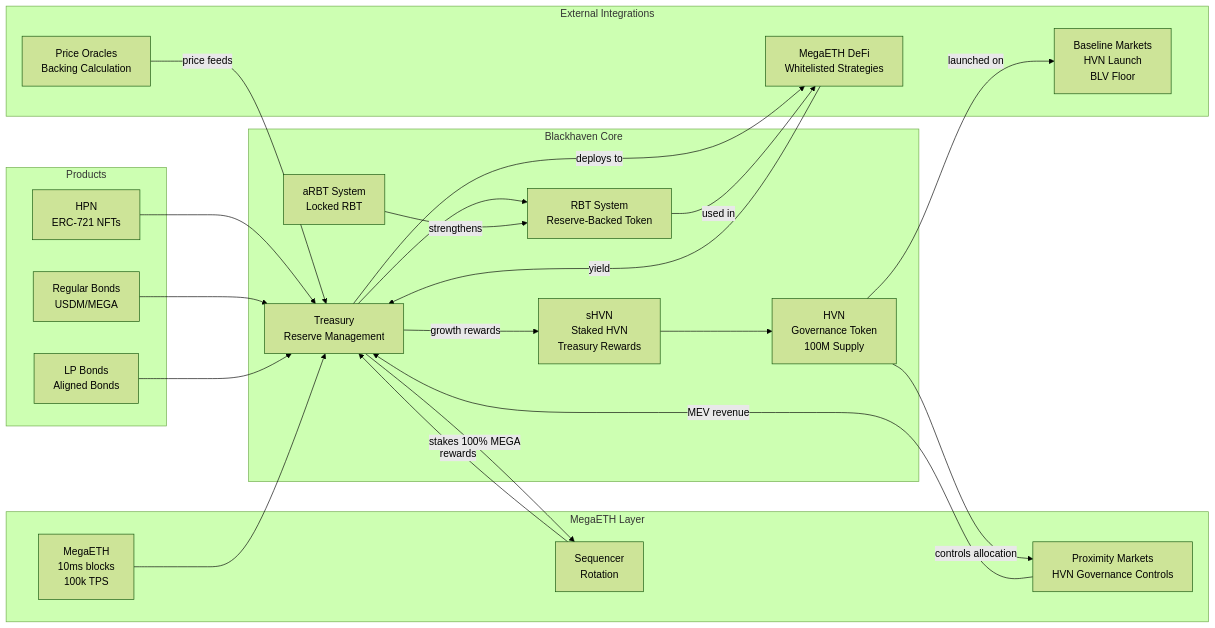
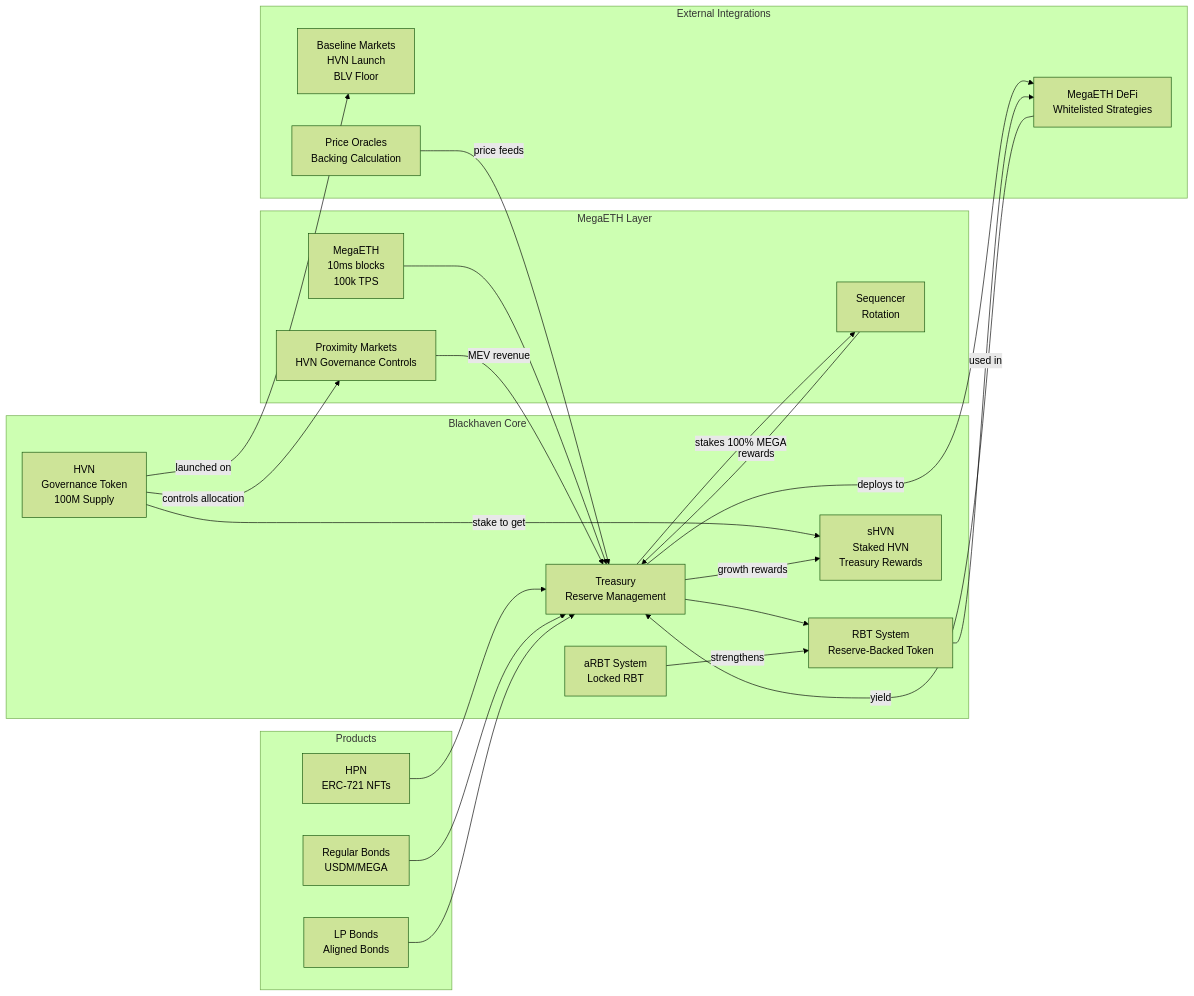
One commit to 0xJaehaerys/ohmega changed the seventh of 7 diagrams in blackhaven-architecture-diagrams.md. Above: the diagram before and after it, drawn with Mermaid (forest theme).

Commit message:
Fix: sHVN does not control governance
- Only HVN has governance rights
- sHVN is staked HVN that receives treasury growth rewards
- Changed STAKING --> HVN_GOVERNANCE to HVN_GOVERNANCE --> STAKING (stake to get)
- Governance voting is done by HVN holders, not sHVN holders

````diff
--- a/blackhaven-architecture-diagrams.md
+++ b/blackhaven-architecture-diagrams.md
@@ -390,51 +390,51 @@
 ```mermaid
 graph LR
     subgraph "MegaETH Layer"
         MEGAETH[MegaETH<br/>10ms blocks<br/>100k TPS]
         SEQUENCER[Sequencer<br/>Rotation]
         PROXIMITY[Proximity Markets<br/>HVN Governance Controls]
     end
     
     subgraph "Blackhaven Core"
         TREASURY_CORE[Treasury<br/>Reserve Management]
         RBT_SYSTEM[RBT System<br/>Reserve-Backed Token]
         ARBT_SYSTEM[aRBT System<br/>Locked RBT]
         HVN_GOVERNANCE[HVN<br/>Governance Token<br/>100M Supply]
         SHVN_STAKING[sHVN<br/>Staked HVN<br/>Treasury Rewards]
     end
     
     subgraph "Products"
         HPN_PRODUCT[HPN<br/>ERC-721 NFTs]
         REGULAR_BONDS_PRODUCT[Regular Bonds<br/>USDM/MEGA]
         LP_BONDS_PRODUCT[LP Bonds<br/>Aligned Bonds]
     end
     
     subgraph "External Integrations"
         BASELINE[Baseline Markets<br/>HVN Launch<br/>BLV Floor]
         DEFI_PROTOCOLS[MegaETH DeFi<br/>Whitelisted Strategies]
         ORACLES[Price Oracles<br/>Backing Calculation]
     end
     
     MEGAETH --> TREASURY_CORE
     TREASURY_CORE -->|stakes 100% MEGA| SEQUENCER
     HVN_GOVERNANCE -->|controls allocation| PROXIMITY
     
     HPN_PRODUCT --> TREASURY_CORE
     REGULAR_BONDS_PRODUCT --> TREASURY_CORE
     LP_BONDS_PRODUCT --> TREASURY_CORE
     TREASURY_CORE --> RBT_SYSTEM
     
     HVN_GOVERNANCE -->|launched on| BASELINE
     TREASURY_CORE -->|deploys to| DEFI_PROTOCOLS
     ORACLES -->|price feeds| TREASURY_CORE
     
-    SHVN_STAKING --> HVN_GOVERNANCE
+    HVN_GOVERNANCE -->|stake to get| SHVN_STAKING
     RBT_SYSTEM -->|used in| DEFI_PROTOCOLS
     ARBT_SYSTEM -->|strengthens| RBT_SYSTEM
     
     SEQUENCER -->|rewards| TREASURY_CORE
     PROXIMITY -->|MEV revenue| TREASURY_CORE
     DEFI_PROTOCOLS -->|yield| TREASURY_CORE
     
     TREASURY_CORE -->|growth rewards| SHVN_STAKING
 ```
````
